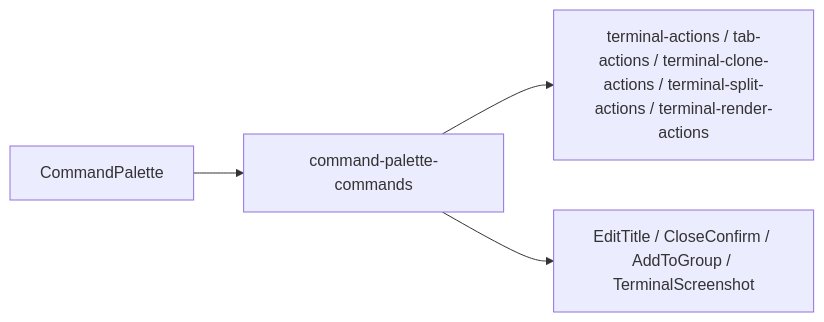
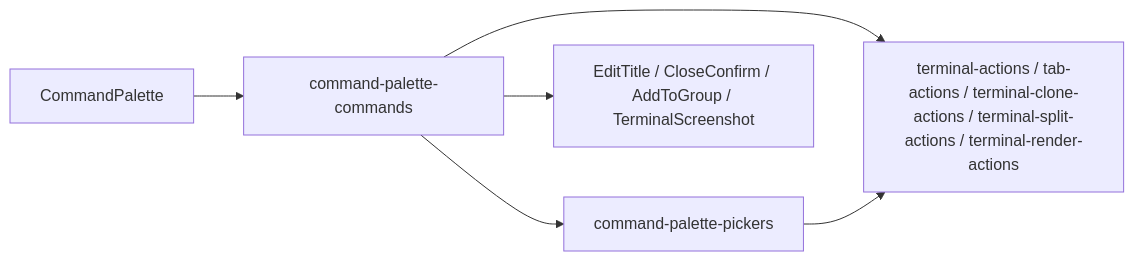
The fifth of 5 diagrams in docs/功能终端与会话.md (Landers1037/NioZy), drawn with Mermaid before and after one commit. The commit also changed other lines of this file, not shown here.

First line of the commit message:
docs(terminal): document command palette sub-panels and color scheme

````diff
--- a/docs/功能终端与会话.md
+++ b/docs/功能终端与会话.md
@@ -255,11 +263,14 @@
 ```mermaid
 flowchart LR
   Palette["CommandPalette"]
   Cmds["command-palette-commands"]
+  Pickers["command-palette-pickers"]
   Actions["terminal-actions / tab-actions / terminal-clone-actions / terminal-split-actions / terminal-render-actions"]
   Dialogs["EditTitle / CloseConfirm / AddToGroup / TerminalScreenshot"]
 
   Palette --> Cmds
   Cmds --> Actions
   Cmds --> Dialogs
+  Cmds --> Pickers
+  Pickers --> Actions
 ```
````
